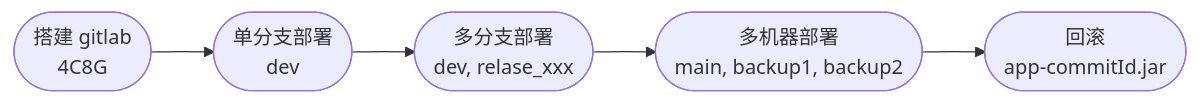
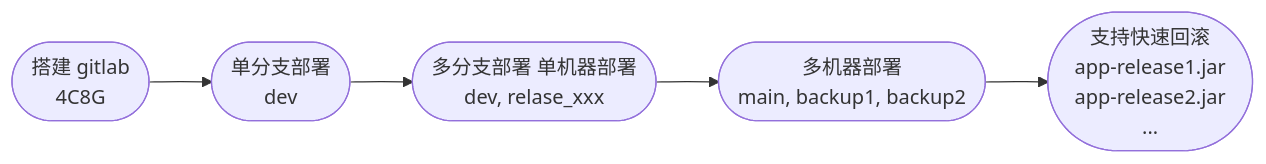
The third of 9 diagrams in _posts/2021-07-26-3-month-sharing.md (dengqinghua/dengqinghua.github.io), drawn with Mermaid before and after one commit. The commit also changed other lines of this file and 2 other files, not shown here.

```diff
--- a/_posts/2021-07-26-3-month-sharing.md
+++ b/_posts/2021-07-26-3-month-sharing.md
@@ -120,9 +133,9 @@
     <div class="mermaid" markdown="0">
     graph LR;
         zero([搭建 gitlab <br /> 4C8G]);
         onlyDev([单分支部署 <br /> dev]);
-        multiDev([多分支部署 <br /> dev, relase_xxx]);
+        multiDev([多分支部署 单机器部署<br /> dev, relase_xxx]);
         multiMachine([多机器部署 <br /> main, backup1, backup2]);
-        rollback([回滚 <br /> app-commitId.jar]);
+        rollback([支持快速回滚 <br /> app-release1.jar <br /> app-release2.jar <br /> ...]);
         zero-->onlyDev-->multiDev-->multiMachine-->rollback
     </div>
```
